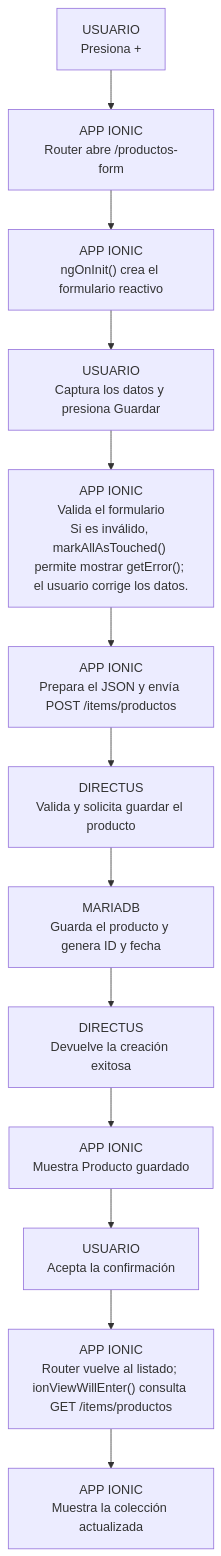
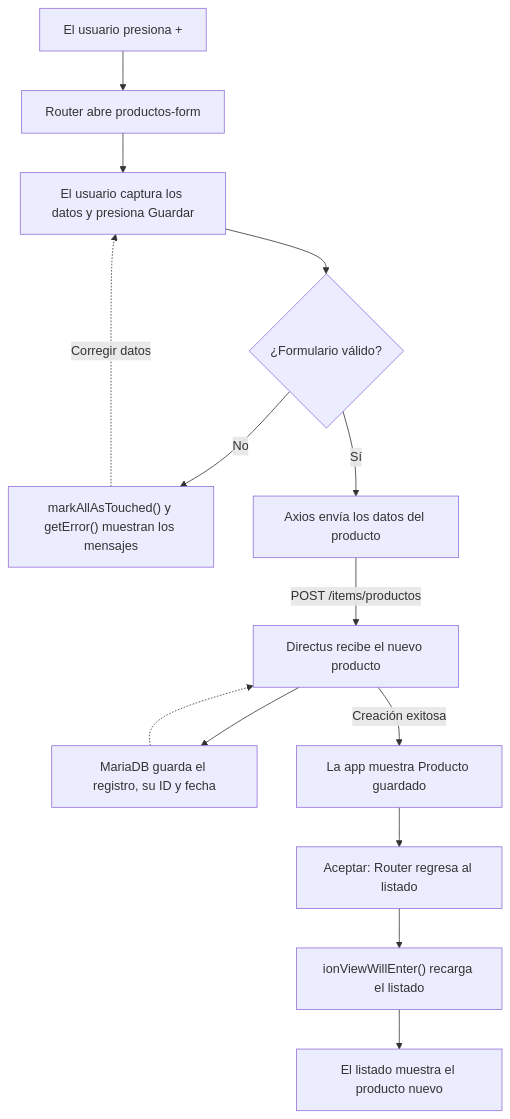
Before and after one commit to JonathanDeLaCruz/docker_moviles: the diagram in docs/manuales/recursos/flujos/03-crear-pagina.mmd, drawn with Mermaid. The commit also changed 97 other files, not shown here.

Commit message:
Restaura diagramas con ramas y flujo descendente en los manuales

```diff
--- a/docs/manuales/recursos/flujos/03-crear-pagina.mmd
+++ b/docs/manuales/recursos/flujos/03-crear-pagina.mmd
@@ -1,26 +1,26 @@
 flowchart TD
-  N0["USUARIO<br/>Presiona +"]
-  N1["APP IONIC<br/>Router abre /productos-form"]
-  N2["APP IONIC<br/>ngOnInit() crea el formulario reactivo"]
-  N3["USUARIO<br/>Captura los datos y presiona Guardar"]
-  N4["APP IONIC<br/>Valida el formulario<br/>Si es inválido, markAllAsTouched() permite mostrar getError(); el usuario corrige los datos."]
-  N5["APP IONIC<br/>Prepara el JSON y envía POST /items/productos"]
-  N6["DIRECTUS<br/>Valida y solicita guardar el producto"]
-  N7["MARIADB<br/>Guarda el producto y genera ID y fecha"]
-  N8["DIRECTUS<br/>Devuelve la creación exitosa"]
-  N9["APP IONIC<br/>Muestra Producto guardado"]
-  N10["USUARIO<br/>Acepta la confirmación"]
-  N11["APP IONIC<br/>Router vuelve al listado; ionViewWillEnter() consulta GET /items/productos"]
-  N12["APP IONIC<br/>Muestra la colección actualizada"]
-  N0 --> N1
-  N1 --> N2
-  N2 --> N3
-  N3 --> N4
-  N4 --> N5
-  N5 --> N6
-  N6 --> N7
-  N7 --> N8
-  N8 --> N9
-  N9 --> N10
-  N10 --> N11
-  N11 --> N12
+  A["El usuario presiona +"]
+  B["Router abre productos-form"]
+  C["El usuario captura los datos y presiona Guardar"]
+  V{"¿Formulario válido?"}
+  INVALID["markAllAsTouched() y getError() muestran los mensajes"]
+  SEND["Axios envía los datos del producto"]
+  API["Directus recibe el nuevo producto"]
+  DB["MariaDB guarda el registro, su ID y fecha"]
+  OK["La app muestra Producto guardado"]
+  ACCEPT["Aceptar: Router regresa al listado"]
+  LIST["ionViewWillEnter() recarga el listado"]
+  END["El listado muestra el producto nuevo"]
+  A --> B
+  B --> C
+  C --> V
+  V -->|"No"| INVALID
+  INVALID -.->|"Corregir datos"| C
+  V -->|"Sí"| SEND
+  SEND -->|"POST /items/productos"| API
+  API --> DB
+  DB -.-> API
+  API -->|"Creación exitosa"| OK
+  OK --> ACCEPT
+  ACCEPT --> LIST
+  LIST --> END
```
